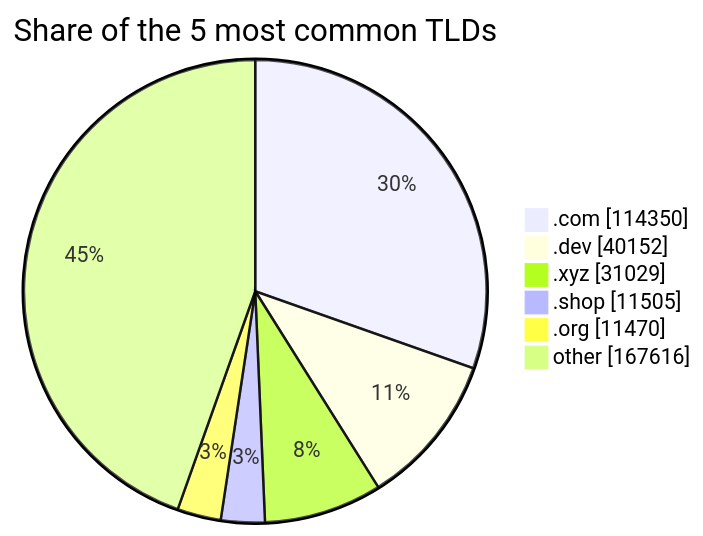
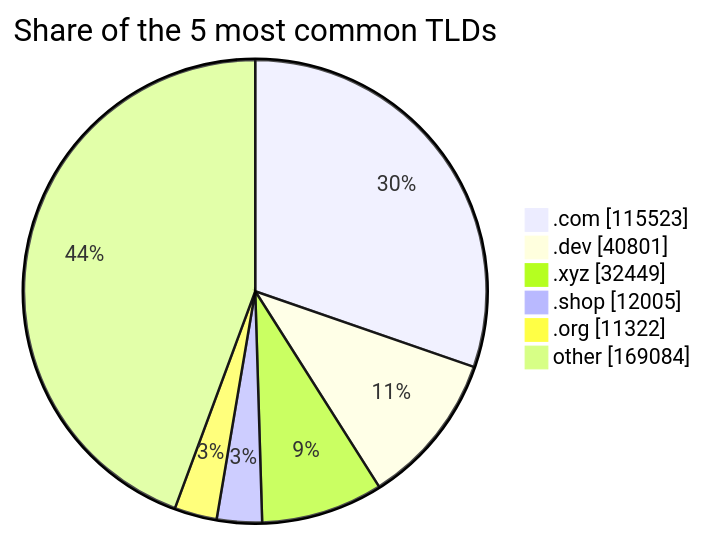
The third of 3 diagrams in README.md (DNSBunker/CTI), drawn with Mermaid before and after one commit. The commit also changed other lines of this file and 3 other files, not shown here.

````diff
--- a/README.md
+++ b/README.md
@@ -81,9 +81,9 @@
 ```mermaid
 pie showData title Share of the 5 most common TLDs
-    ".com" : 114350
-    ".dev" : 40152
-    ".xyz" : 31029
-    ".shop" : 11505
-    ".org" : 11470
-    "other" : 167616
+    ".com" : 115523
+    ".dev" : 40801
+    ".xyz" : 32449
+    ".shop" : 12005
+    ".org" : 11322
+    "other" : 169084
 ```
````
